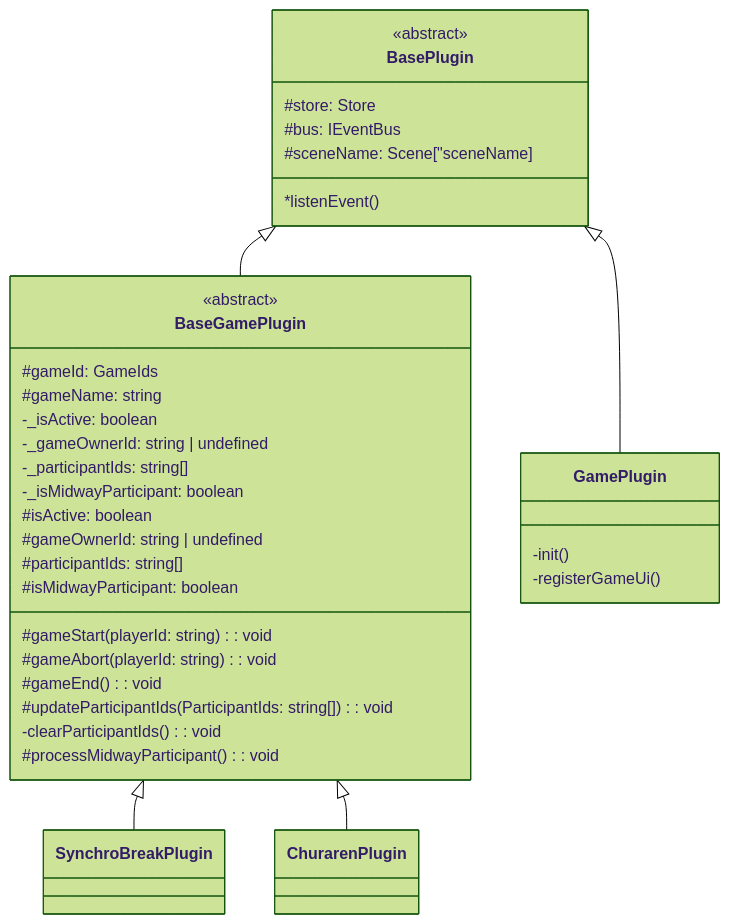
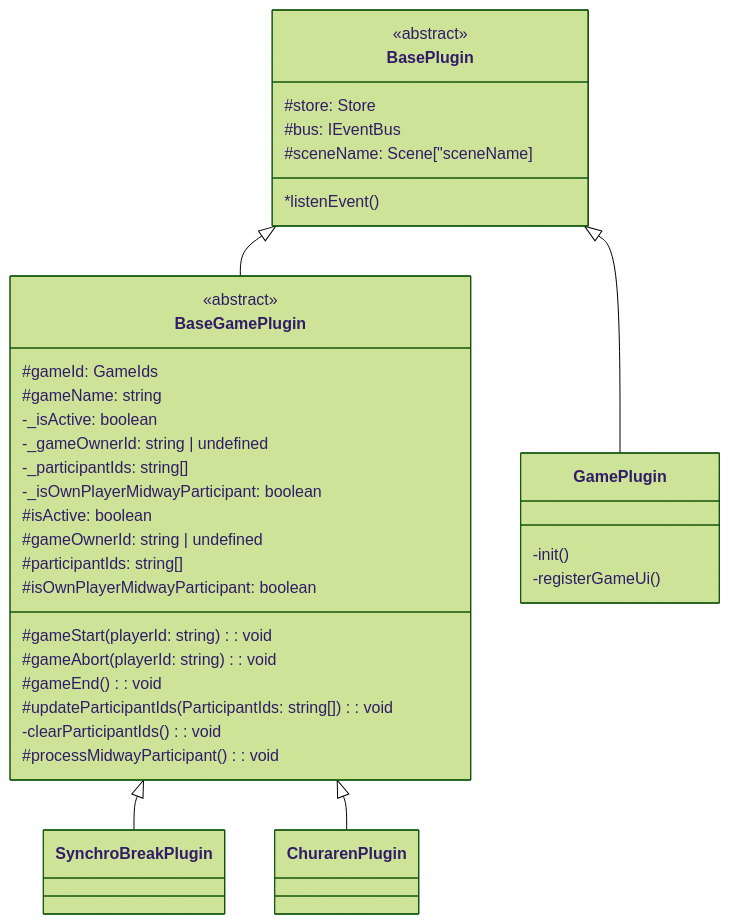
One commit to churadata/churaverse-plugins changed the diagram in churaverse-plugins-client/src/gamePlugin/gamePluginClass.md. Above: the diagram before and after it, drawn with Mermaid (forest theme). The commit also changed 13 other files, not shown here.

````diff
--- a/churaverse-plugins-client/src/gamePlugin/gamePluginClass.md
+++ b/churaverse-plugins-client/src/gamePlugin/gamePluginClass.md
@@ -5,51 +5,51 @@
 ```mermaid
 classDiagram
     BasePlugin <|-- BaseGamePlugin
     BasePlugin <|-- GamePlugin
     BaseGamePlugin <|-- SynchroBreakPlugin
     BaseGamePlugin <|-- ChurarenPlugin
 
     class BasePlugin {
         <<abstract>>
         #store: Store<Scene>
         #bus: IEventBus<Scene>
         #sceneName: Scene["sceneName]
 
         *listenEvent()
     }
 
     class GamePlugin {
         -init()
         -registerGameUi()
     }
 
     class BaseGamePlugin {
         <<abstract>>
         #gameId: GameIds
         #gameName: string
         -_isActive: boolean
         -_gameOwnerId: string | undefined
         -_participantIds: string[]
-        -_isMidwayParticipant: boolean
+        -_isOwnPlayerMidwayParticipant: boolean
 
         #isActive: boolean
         #gameOwnerId: string | undefined
         #participantIds: string[]
-        #isMidwayParticipant: boolean
+        #isOwnPlayerMidwayParticipant: boolean
 
         #gameStart(playerId: string): void
         #gameAbort(playerId: string): void
         #gameEnd(): void
         #updateParticipantIds(ParticipantIds: string[]): void
         -clearParticipantIds(): void
         #processMidwayParticipant(): void
     }
 
     class SynchroBreakPlugin {
 
     }
 
     class ChurarenPlugin {
 
     }
 ```
````
